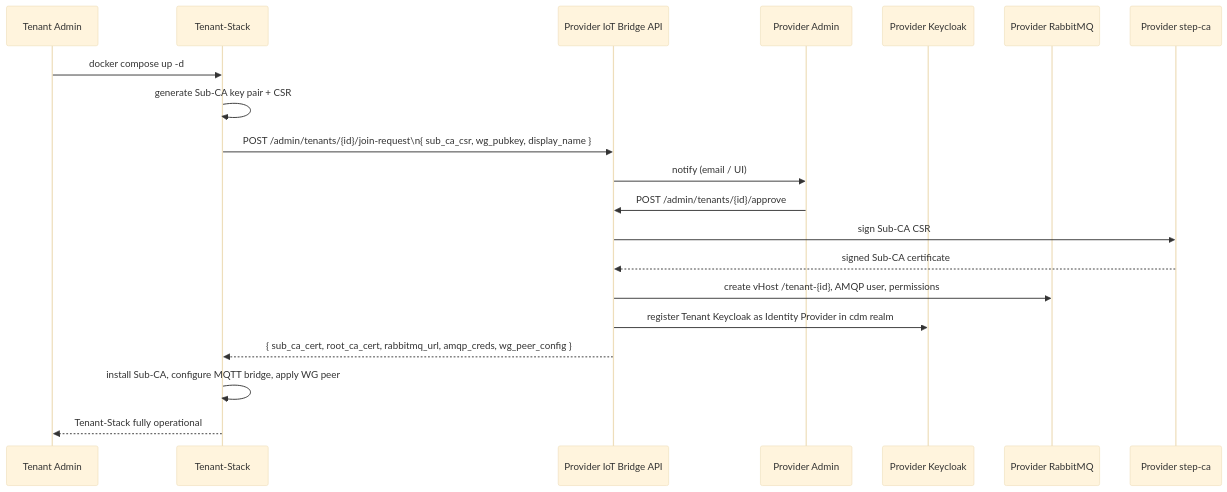
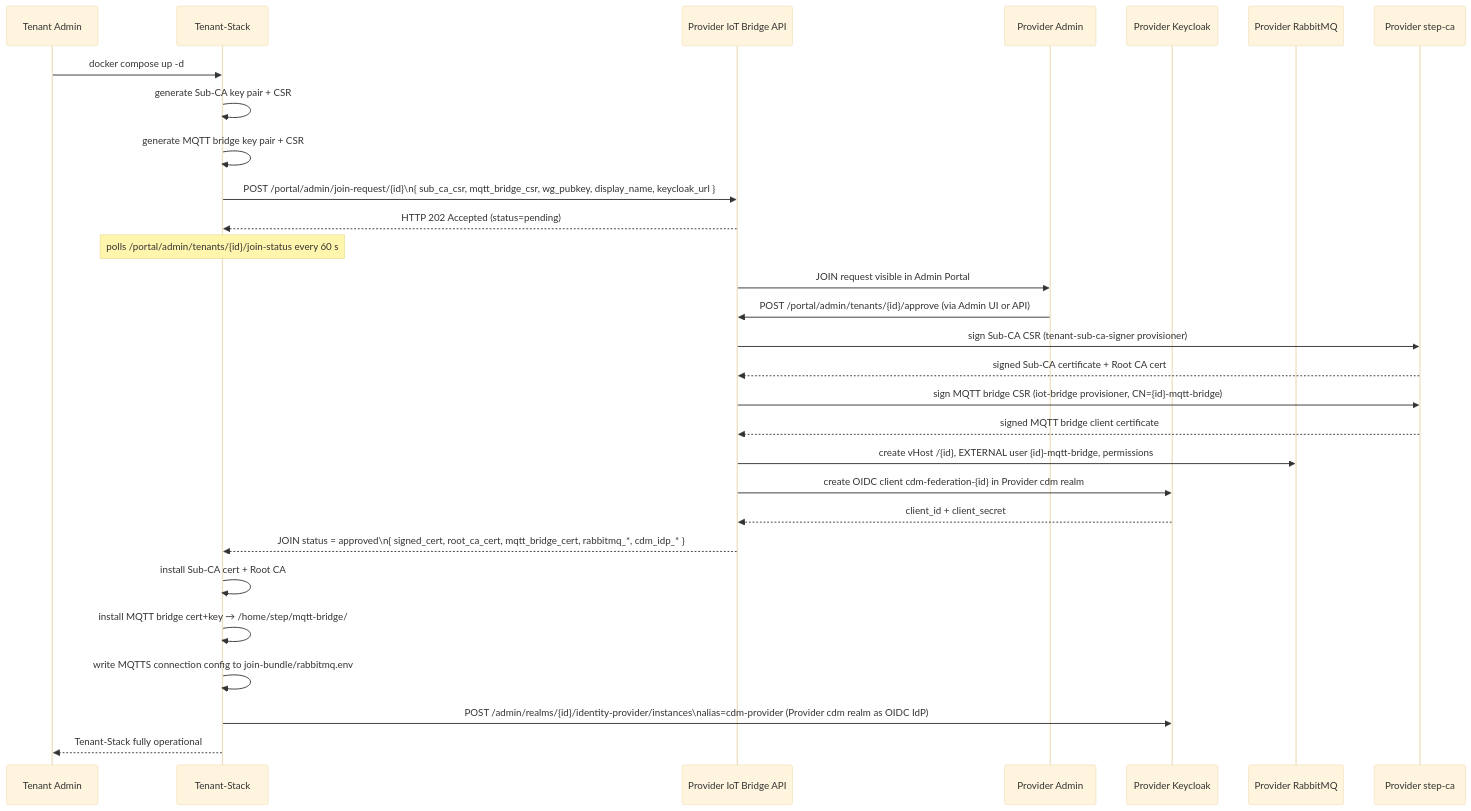
Before and after one commit to the78mole/complete-device-management: the diagram in docs/use-cases/tenant-onboarding.md, drawn with Mermaid (base theme). The commit also changed other lines of this file and 20 other files, not shown here.

Commit message:
Complete Architecture Redesign - Phase 3 Tenant Join and Onboarding Workflows

````diff
--- a/docs/use-cases/tenant-onboarding.md
+++ b/docs/use-cases/tenant-onboarding.md
@@ -23,23 +19,32 @@
 ```mermaid
 sequenceDiagram
     participant TA as Tenant Admin
     participant TS as Tenant-Stack
     participant API as Provider IoT Bridge API
     participant PA as Provider Admin
     participant KC as Provider Keycloak
     participant RMQ as Provider RabbitMQ
     participant SCA as Provider step-ca
 
     TA->>TS: docker compose up -d
     TS->>TS: generate Sub-CA key pair + CSR
-    TS->>API: POST /admin/tenants/{id}/join-request\n{ sub_ca_csr, wg_pubkey, display_name }
-    API->>PA: notify (email / UI)
-    PA->>API: POST /admin/tenants/{id}/approve
-    API->>SCA: sign Sub-CA CSR
-    SCA-->>API: signed Sub-CA certificate
-    API->>RMQ: create vHost /tenant-{id}, AMQP user, permissions
-    API->>KC: register Tenant Keycloak as Identity Provider in cdm realm
-    API-->>TS: { sub_ca_cert, root_ca_cert, rabbitmq_url, amqp_creds, wg_peer_config }
-    TS->>TS: install Sub-CA, configure MQTT bridge, apply WG peer
+    TS->>TS: generate MQTT bridge key pair + CSR
+    TS->>API: POST /portal/admin/join-request/{id}\n{ sub_ca_csr, mqtt_bridge_csr, wg_pubkey, display_name, keycloak_url }
+    API-->>TS: HTTP 202 Accepted (status=pending)
+    note over TS: polls /portal/admin/tenants/{id}/join-status every 60 s
+    API->>PA: JOIN request visible in Admin Portal
+    PA->>API: POST /portal/admin/tenants/{id}/approve (via Admin UI or API)
+    API->>SCA: sign Sub-CA CSR (tenant-sub-ca-signer provisioner)
+    SCA-->>API: signed Sub-CA certificate + Root CA cert
+    API->>SCA: sign MQTT bridge CSR (iot-bridge provisioner, CN={id}-mqtt-bridge)
+    SCA-->>API: signed MQTT bridge client certificate
+    API->>RMQ: create vHost /{id}, EXTERNAL user {id}-mqtt-bridge, permissions
+    API->>KC: create OIDC client cdm-federation-{id} in Provider cdm realm
+    KC-->>API: client_id + client_secret
+    API-->>TS: JOIN status = approved\n{ signed_cert, root_ca_cert, mqtt_bridge_cert, rabbitmq_*, cdm_idp_* }
+    TS->>TS: install Sub-CA cert + Root CA
+    TS->>TS: install MQTT bridge cert+key → /home/step/mqtt-bridge/
+    TS->>TS: write MQTTS connection config to join-bundle/rabbitmq.env
+    TS->>KC: POST /admin/realms/{id}/identity-provider/instances\nalias=cdm-provider (Provider cdm realm as OIDC IdP)
     TS-->>TA: Tenant-Stack fully operational
 ```
````
